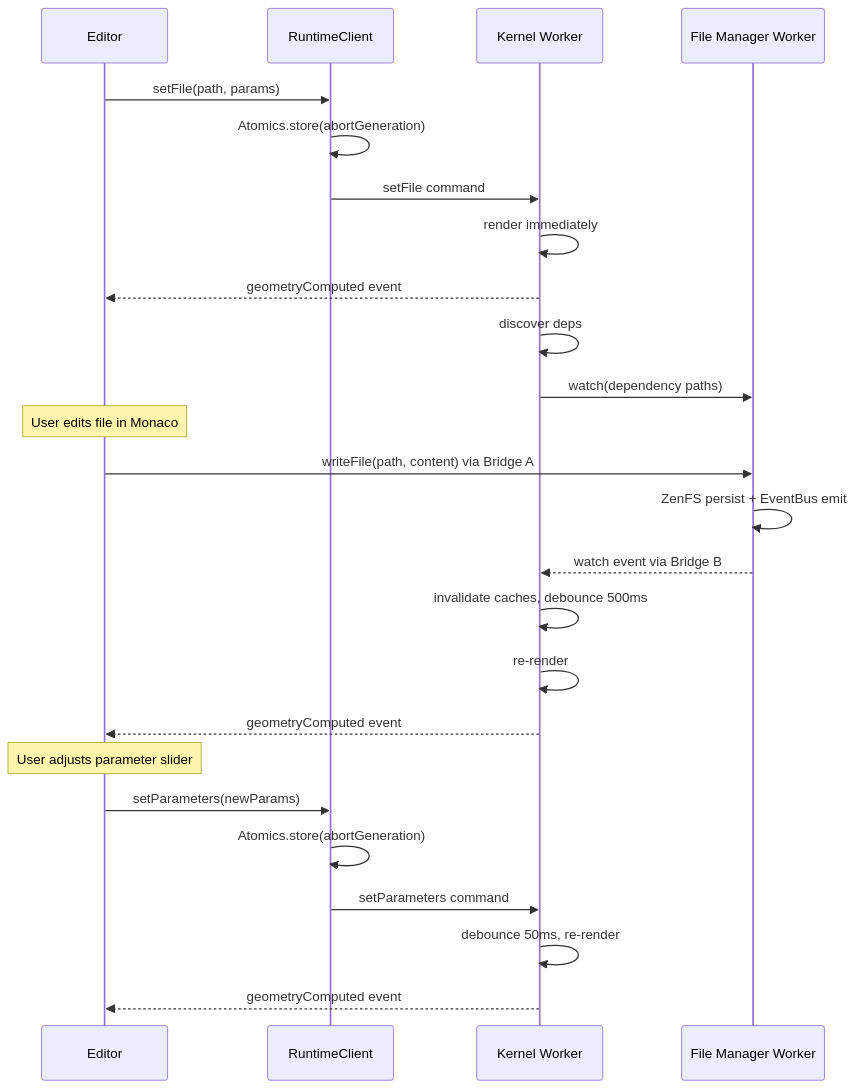
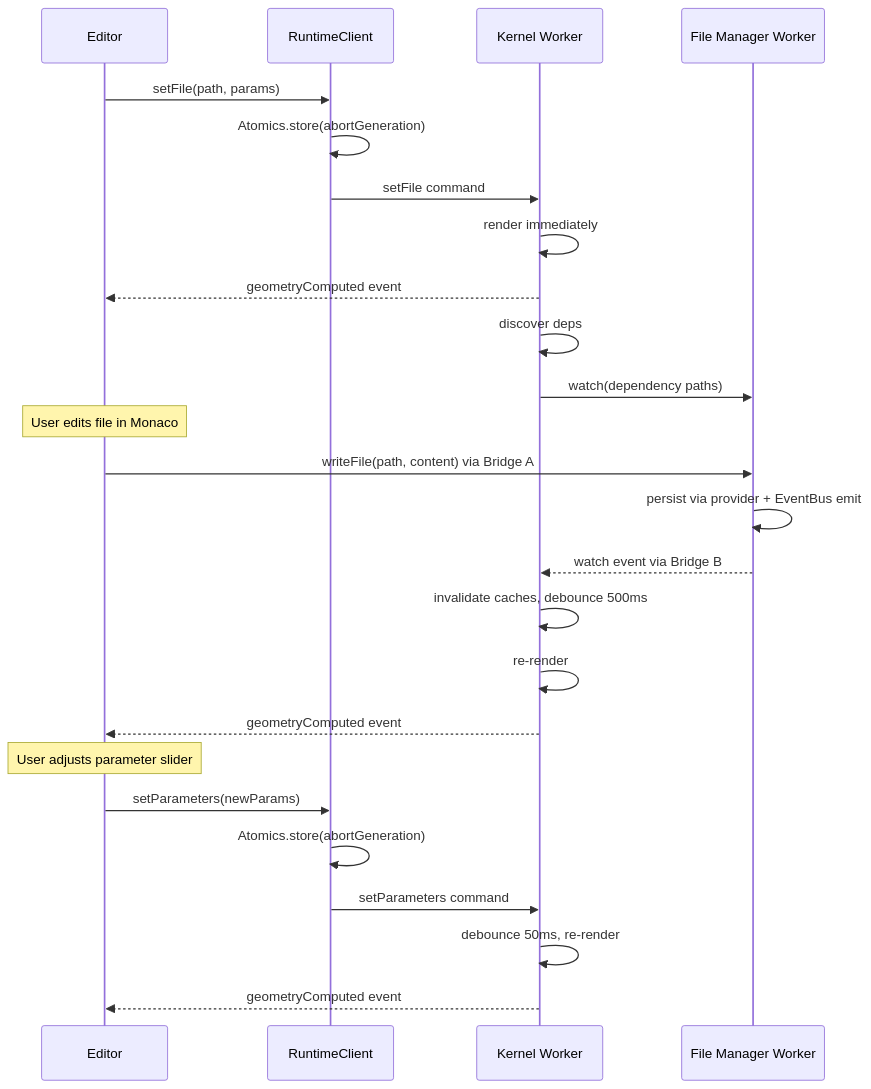
One commit to ahzs645/tau changed the third of 3 diagrams in apps/ui/content/docs/(runtime)/concepts/architecture.mdx. Above: the diagram before and after it, drawn with Mermaid. The commit also changed other lines of this file and 108 other files, not shown here.

````diff
--- a/apps/ui/content/docs/(runtime)/concepts/architecture.mdx
+++ b/apps/ui/content/docs/(runtime)/concepts/architecture.mdx
@@ -131,30 +131,30 @@
 ```mermaid
 sequenceDiagram
     participant Editor
     participant Client as RuntimeClient
     participant Worker as Kernel Worker
     participant FSW as File Manager Worker
 
     Editor->>Client: setFile(path, params)
     Client->>Client: Atomics.store(abortGeneration)
     Client->>Worker: setFile command
     Worker->>Worker: render immediately
     Worker-->>Editor: geometryComputed event
     Worker->>Worker: discover deps
     Worker->>FSW: watch(dependency paths)
 
     Note over Editor: User edits file in Monaco
     Editor->>FSW: writeFile(path, content) via Bridge A
-    FSW->>FSW: ZenFS persist + EventBus emit
+    FSW->>FSW: persist via provider + EventBus emit
     FSW-->>Worker: watch event via Bridge B
     Worker->>Worker: invalidate caches, debounce 500ms
     Worker->>Worker: re-render
     Worker-->>Editor: geometryComputed event
 
     Note over Editor: User adjusts parameter slider
     Editor->>Client: setParameters(newParams)
     Client->>Client: Atomics.store(abortGeneration)
     Client->>Worker: setParameters command
     Worker->>Worker: debounce 50ms, re-render
     Worker-->>Editor: geometryComputed event
 ```
````
